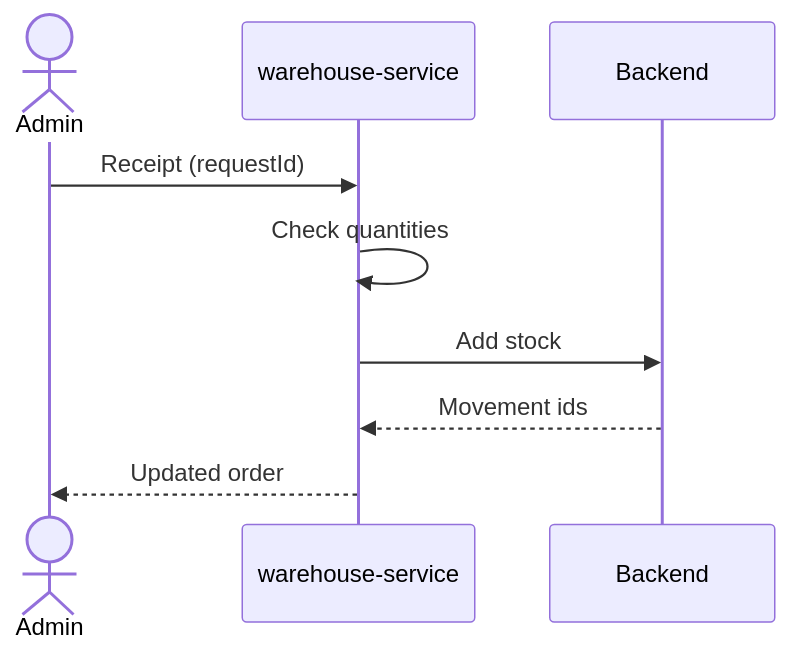
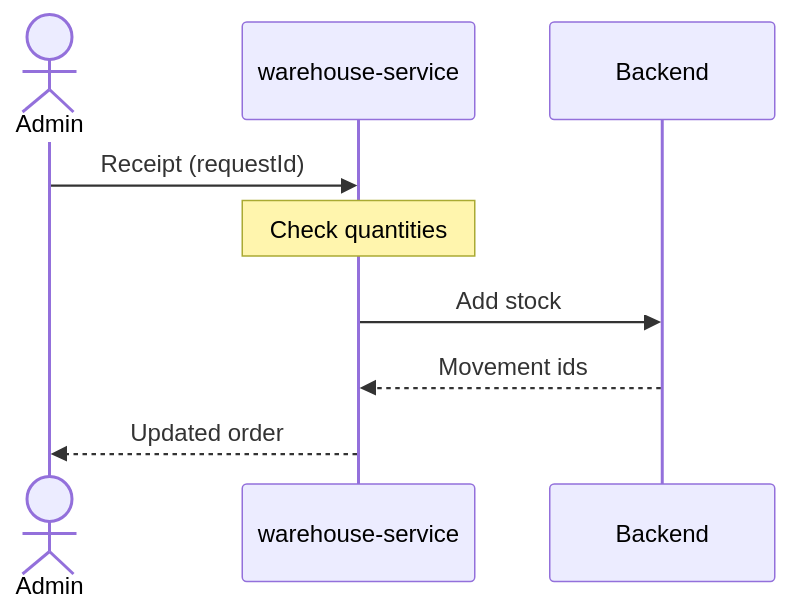
One commit to slawekradzyminski/awesome-localstack changed the second of 2 diagrams in docs-site/docs/flows/purchasing.md. Above: the diagram before and after it, drawn with Mermaid. The commit also changed other lines of this file and 19 other files, not shown here.

First line of the commit message:
Review every wiki diagram by eye and redraw the unclear ones

````diff
--- a/docs-site/docs/flows/purchasing.md
+++ b/docs-site/docs/flows/purchasing.md
@@ -43,11 +43,11 @@
 ```mermaid
 sequenceDiagram
     actor A as Admin
     participant W as warehouse-service
     participant B as Backend
     A->>W: Receipt (requestId)
-    W->>W: Check quantities
+    Note over W: Check quantities
     W->>B: Add stock
     B-->>W: Movement ids
     W-->>A: Updated order
 ```
````
